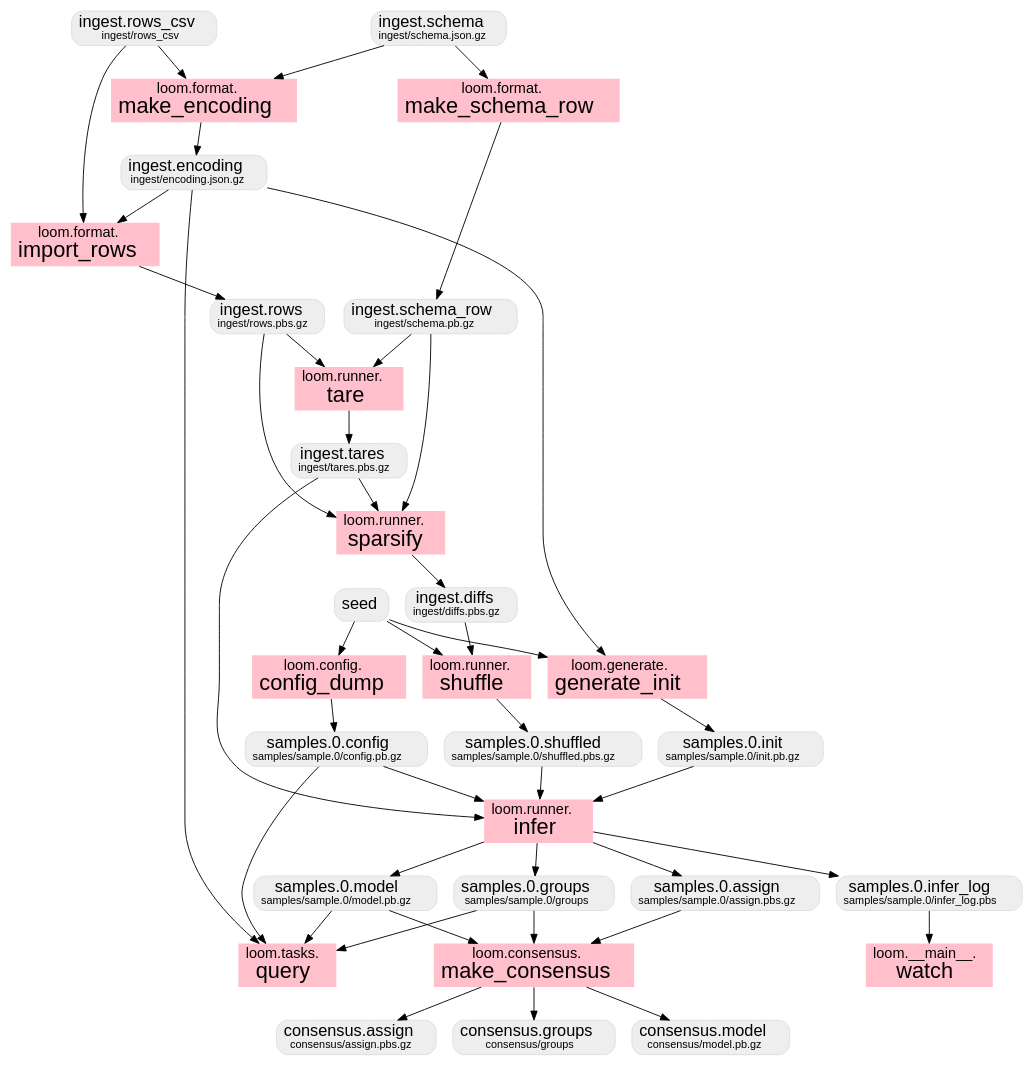
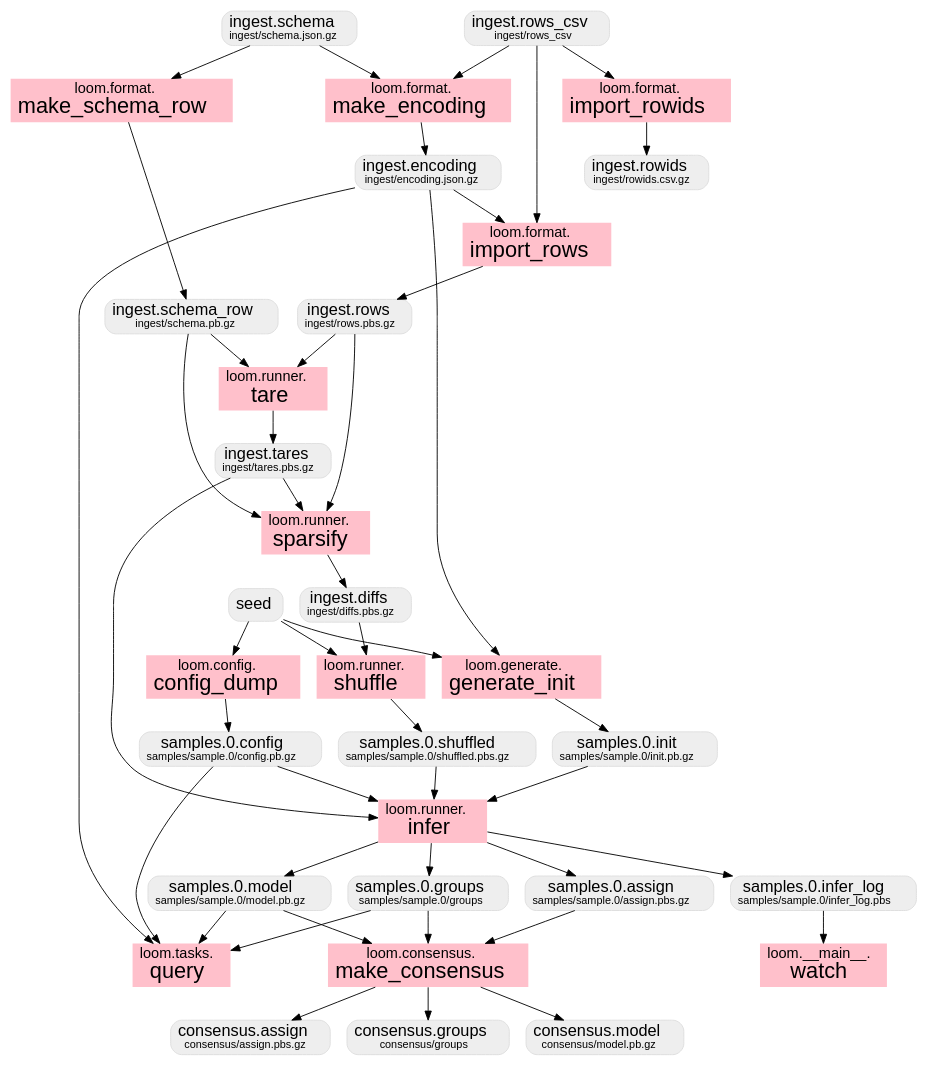
The diagram in doc/dataflow.dot (priorknowledge/loom), drawn with Graphviz before and after one commit. The commit also changed 5 other files, not shown here.

```diff
--- a/doc/dataflow.dot
+++ b/doc/dataflow.dot
@@ -1,96 +1,100 @@
 // this file was generated by loom/documented.py
 digraph G {
   overlap=false;
   graph [fontname = "helvetica"];
   node [fontname = "helvetica"];
   edge [fontname = "helvetica"];
 
   // data
   {
     node [
       shape=Mrecord,
       style="filled",
       color="#dddddd",
       fillcolor="#eeeeee"
     ];
     consensus_assign [label=<<FONT POINT-SIZE="18">consensus.assign</FONT><BR/><FONT POINT-SIZE="12">consensus/assign.pbs.gz</FONT>>];
     consensus_groups [label=<<FONT POINT-SIZE="18">consensus.groups</FONT><BR/><FONT POINT-SIZE="12">consensus/groups</FONT>>];
     consensus_model [label=<<FONT POINT-SIZE="18">consensus.model</FONT><BR/><FONT POINT-SIZE="12">consensus/model.pb.gz</FONT>>];
     ingest_diffs [label=<<FONT POINT-SIZE="18">ingest.diffs</FONT><BR/><FONT POINT-SIZE="12">ingest/diffs.pbs.gz</FONT>>];
     ingest_encoding [label=<<FONT POINT-SIZE="18">ingest.encoding</FONT><BR/><FONT POINT-SIZE="12">ingest/encoding.json.gz</FONT>>];
+    ingest_rowids [label=<<FONT POINT-SIZE="18">ingest.rowids</FONT><BR/><FONT POINT-SIZE="12">ingest/rowids.csv.gz</FONT>>];
     ingest_rows [label=<<FONT POINT-SIZE="18">ingest.rows</FONT><BR/><FONT POINT-SIZE="12">ingest/rows.pbs.gz</FONT>>];
     ingest_rows_csv [label=<<FONT POINT-SIZE="18">ingest.rows_csv</FONT><BR/><FONT POINT-SIZE="12">ingest/rows_csv</FONT>>];
     ingest_schema [label=<<FONT POINT-SIZE="18">ingest.schema</FONT><BR/><FONT POINT-SIZE="12">ingest/schema.json.gz</FONT>>];
     ingest_schema_row [label=<<FONT POINT-SIZE="18">ingest.schema_row</FONT><BR/><FONT POINT-SIZE="12">ingest/schema.pb.gz</FONT>>];
     ingest_tares [label=<<FONT POINT-SIZE="18">ingest.tares</FONT><BR/><FONT POINT-SIZE="12">ingest/tares.pbs.gz</FONT>>];
     samples_0_assign [label=<<FONT POINT-SIZE="18">samples.0.assign</FONT><BR/><FONT POINT-SIZE="12">samples/sample.0/assign.pbs.gz</FONT>>];
     samples_0_config [label=<<FONT POINT-SIZE="18">samples.0.config</FONT><BR/><FONT POINT-SIZE="12">samples/sample.0/config.pb.gz</FONT>>];
     samples_0_groups [label=<<FONT POINT-SIZE="18">samples.0.groups</FONT><BR/><FONT POINT-SIZE="12">samples/sample.0/groups</FONT>>];
     samples_0_infer_log [label=<<FONT POINT-SIZE="18">samples.0.infer_log</FONT><BR/><FONT POINT-SIZE="12">samples/sample.0/infer_log.pbs</FONT>>];
     samples_0_init [label=<<FONT POINT-SIZE="18">samples.0.init</FONT><BR/><FONT POINT-SIZE="12">samples/sample.0/init.pb.gz</FONT>>];
     samples_0_model [label=<<FONT POINT-SIZE="18">samples.0.model</FONT><BR/><FONT POINT-SIZE="12">samples/sample.0/model.pb.gz</FONT>>];
     samples_0_shuffled [label=<<FONT POINT-SIZE="18">samples.0.shuffled</FONT><BR/><FONT POINT-SIZE="12">samples/sample.0/shuffled.pbs.gz</FONT>>];
     seed [label=<<FONT POINT-SIZE="18">seed</FONT>>];
   }
 
   // transforms
   {
     node [shape=box, style="filled,setlinewidth(0)"];
 
     watch [label=<<FONT POINT-SIZE="16">loom.__main__.</FONT><BR/><FONT POINT-SIZE="24">watch</FONT>>, fillcolor=pink];
     config_dump [label=<<FONT POINT-SIZE="16">loom.config.</FONT><BR/><FONT POINT-SIZE="24">config_dump</FONT>>, fillcolor=pink];
     make_consensus [label=<<FONT POINT-SIZE="16">loom.consensus.</FONT><BR/><FONT POINT-SIZE="24">make_consensus</FONT>>, fillcolor=pink];
+    import_rowids [label=<<FONT POINT-SIZE="16">loom.format.</FONT><BR/><FONT POINT-SIZE="24">import_rowids</FONT>>, fillcolor=pink];
     import_rows [label=<<FONT POINT-SIZE="16">loom.format.</FONT><BR/><FONT POINT-SIZE="24">import_rows</FONT>>, fillcolor=pink];
     make_encoding [label=<<FONT POINT-SIZE="16">loom.format.</FONT><BR/><FONT POINT-SIZE="24">make_encoding</FONT>>, fillcolor=pink];
     make_schema_row [label=<<FONT POINT-SIZE="16">loom.format.</FONT><BR/><FONT POINT-SIZE="24">make_schema_row</FONT>>, fillcolor=pink];
     generate_init [label=<<FONT POINT-SIZE="16">loom.generate.</FONT><BR/><FONT POINT-SIZE="24">generate_init</FONT>>, fillcolor=pink];
     infer [label=<<FONT POINT-SIZE="16">loom.runner.</FONT><BR/><FONT POINT-SIZE="24">infer</FONT>>, fillcolor=pink];
     shuffle [label=<<FONT POINT-SIZE="16">loom.runner.</FONT><BR/><FONT POINT-SIZE="24">shuffle</FONT>>, fillcolor=pink];
     sparsify [label=<<FONT POINT-SIZE="16">loom.runner.</FONT><BR/><FONT POINT-SIZE="24">sparsify</FONT>>, fillcolor=pink];
     tare [label=<<FONT POINT-SIZE="16">loom.runner.</FONT><BR/><FONT POINT-SIZE="24">tare</FONT>>, fillcolor=pink];
     query [label=<<FONT POINT-SIZE="16">loom.tasks.</FONT><BR/><FONT POINT-SIZE="24">query</FONT>>, fillcolor=pink];
 
     samples_0_infer_log -> watch [weight=1.0];
     seed -> config_dump [weight=1.0];
     config_dump -> samples_0_config [weight=1.0];
     samples_0_model -> make_consensus [weight=1.0];
     samples_0_groups -> make_consensus [weight=1.0];
     samples_0_assign -> make_consensus [weight=1.0];
     make_consensus -> consensus_model [weight=1.0];
     make_consensus -> consensus_groups [weight=1.0];
     make_consensus -> consensus_assign [weight=1.0];
+    ingest_rows_csv -> import_rowids [weight=1.0];
+    import_rowids -> ingest_rowids [weight=1.0];
     ingest_encoding -> import_rows [weight=1.0];
     ingest_rows_csv -> import_rows [weight=1.0];
     import_rows -> ingest_rows [weight=1.0];
     ingest_schema -> make_encoding [weight=1.0];
     ingest_rows_csv -> make_encoding [weight=1.0];
     make_encoding -> ingest_encoding [weight=1.0];
     ingest_schema -> make_schema_row [weight=1.0];
     make_schema_row -> ingest_schema_row [weight=1.0];
     ingest_encoding -> generate_init [weight=1.0];
     seed -> generate_init [weight=1.0];
     generate_init -> samples_0_init [weight=1.0];
     samples_0_config -> infer [weight=1.0];
     samples_0_shuffled -> infer [weight=1.0];
     ingest_tares -> infer [weight=1.0];
     samples_0_init -> infer [weight=1.0];
     infer -> samples_0_model [weight=1.0];
     infer -> samples_0_groups [weight=1.0];
     infer -> samples_0_assign [weight=1.0];
     infer -> samples_0_infer_log [weight=1.0];
     ingest_diffs -> shuffle [weight=1.0];
     seed -> shuffle [weight=1.0];
     shuffle -> samples_0_shuffled [weight=1.0];
     ingest_schema_row -> sparsify [weight=1.0];
     ingest_tares -> sparsify [weight=1.0];
     ingest_rows -> sparsify [weight=1.0];
     sparsify -> ingest_diffs [weight=1.0];
     ingest_schema_row -> tare [weight=1.0];
     ingest_rows -> tare [weight=1.0];
     tare -> ingest_tares [weight=1.0];
     ingest_encoding -> query [weight=1.0];
     samples_0_config -> query [weight=1.0];
     samples_0_model -> query [weight=1.0];
     samples_0_groups -> query [weight=1.0];
   }
 }
```
